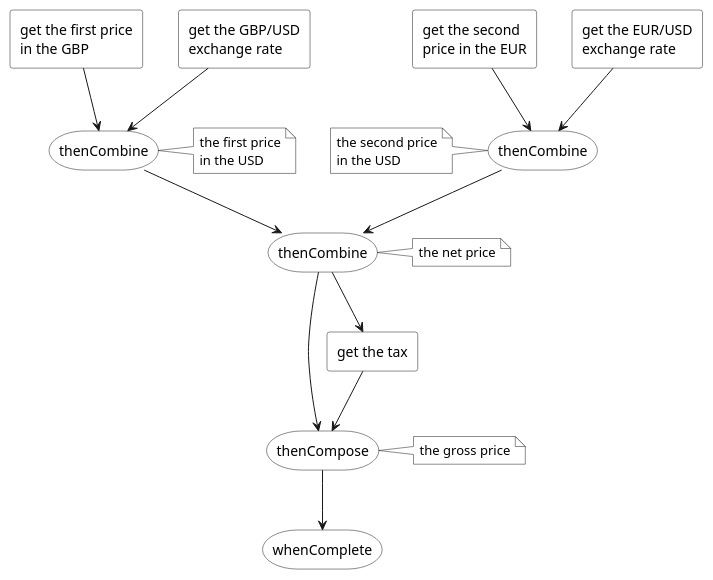
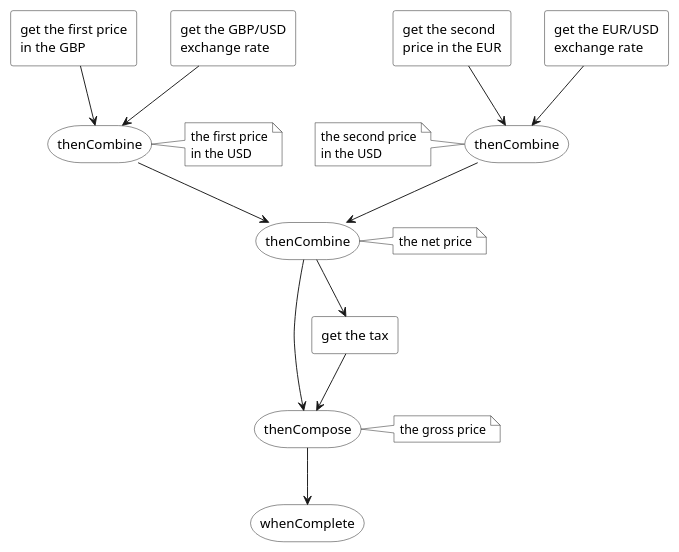
The diagram in images/CompletableFuture API example.puml (ti-cortex-m4/demo-java-completablefuture), drawn with PlantUML before and after one commit. The commit also changed 9 other files, not shown here.

```diff
--- a/images/CompletableFuture API example.puml
+++ b/images/CompletableFuture API example.puml
@@ -1,48 +1,48 @@
 @startuml
 
-scale 1.0
+scale 0.95
 skinparam monochrome true
 skinparam RectangleBackgroundColor white
 skinparam StorageBackgroundColor white
 skinparam NoteBackgroundColor white
 
 rectangle "get the second\nprice in the EUR" as step4
 rectangle "get the EUR/USD\nexchange rate" as step5
 storage  "thenCombine" as step6
 note left of step6: the second price\nin the USD
 
 rectangle "get the first price\nin the GBP" as step1
 rectangle "get the GBP/USD\nexchange rate" as step2
 storage  "thenCombine" as step3
 note right of step3: the first price\nin the USD
 
 storage  "thenCombine" as step7
 note right of step7: the net price
 
 rectangle "get the tax" as step7b
 
 storage  "thenCompose" as step8
 note right of step8: the gross price
 
 storage  "whenComplete" as step9
 
 step1 --> step3
 step2 --> step3
 
 step4 --> step6
 step5 --> step6
 
 step3 --> step7
 step6 --> step7
 
 step7 --> step7b
 step7 --> step8
 step7b --> step8
 
 step8 --> step9
 'step3 -[dashed]-> step9
 'step6 -[dashed]-> step9
 'step7 -[dashed]-> step9
 'step8 -[dashed]-> step9
 
 @enduml
```
